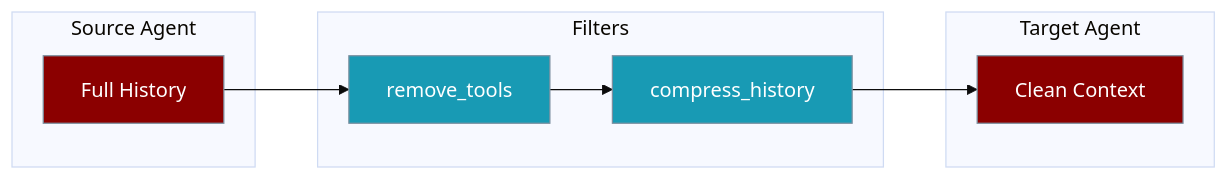
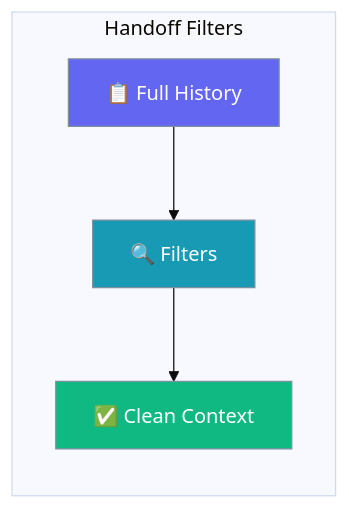
One commit to MervinPraison/PraisonAIDocs changed the first of 3 diagrams in docs/features/handoff-filters.mdx. Above: the diagram before and after it, drawn with Mermaid (base theme). The commit also changed other lines of this file and 1 other file, not shown here.

Commit message:
docs: add graph LR hero + sequenceDiagram to handoff-filters, generate-reasoning (#1675)

````diff
--- a/docs/features/handoff-filters.mdx
+++ b/docs/features/handoff-filters.mdx
@@ -28,23 +28,14 @@
 ```mermaid
-flowchart LR
-    subgraph Source["Source Agent"]
-        H[Full History]
+graph LR
+    subgraph "Handoff Filters"
+        H[📋 Full History] --> F[🔍 Filters]
+        F --> C[✅ Clean Context]
     end
-    
-    subgraph Filters["Filters"]
-        F1[remove_tools]
-        F2[compress_history]
-    end
-    
-    subgraph Target["Target Agent"]
-        C[Clean Context]
-    end
-    
-    H --> F1 --> F2 --> C
-    
-    classDef agent fill:#8B0000,stroke:#7C90A0,color:#fff
+
+    classDef input fill:#6366F1,stroke:#7C90A0,color:#fff
     classDef tool fill:#189AB4,stroke:#7C90A0,color:#fff
-    class H,C agent
-    class F1,F2 tool
-
+    classDef output fill:#10B981,stroke:#7C90A0,color:#fff
+    class H input
+    class F tool
+    class C output
 ```
````
